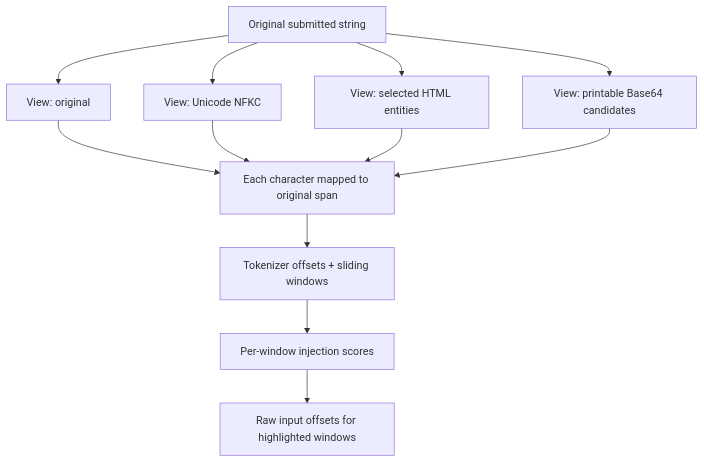
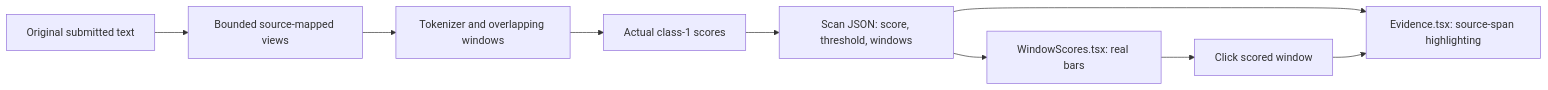
Before and after one commit to namelessweakl1ng/kjnlae: the fifth of 10 diagrams in CODEBASE.md, drawn with Mermaid. The commit also changed other lines of this file, not shown here.

Commit message:
docs: preserve detailed codebase deep dive, rebase architecture on 0.3 SDK and UI

````diff
--- a/CODEBASE.md
+++ b/CODEBASE.md
@@ -2702,14 +1731,11 @@
 ```mermaid
-flowchart TD
-  Raw["Original submitted string"] --> Orig["View: original"]
-  Raw --> Norm["View: Unicode NFKC"]
-  Raw --> Html["View: selected HTML entities"]
-  Raw --> B64["View: printable Base64 candidates"]
-  Orig --> Map["Each character mapped to original span"]
-  Norm --> Map
-  Html --> Map
-  B64 --> Map
-  Map --> Windows["Tokenizer offsets + sliding windows"]
-  Windows --> Scores["Per-window injection scores"]
-  Scores --> Evidence["Raw input offsets for highlighted windows"]
+flowchart LR
+  Input["Original submitted text"] --> Prep["Bounded source-mapped views"]
+  Prep --> Windows["Tokenizer and overlapping windows"]
+  Windows --> Scores["Actual class-1 scores"]
+  Scores --> API["Scan JSON: score, threshold, windows"]
+  API --> Bars["WindowScores.tsx: real bars"]
+  API --> Evidence["Evidence.tsx: source-span highlighting"]
+  Bars --> Select["Click scored window"]
+  Select --> Evidence
 ```
````
